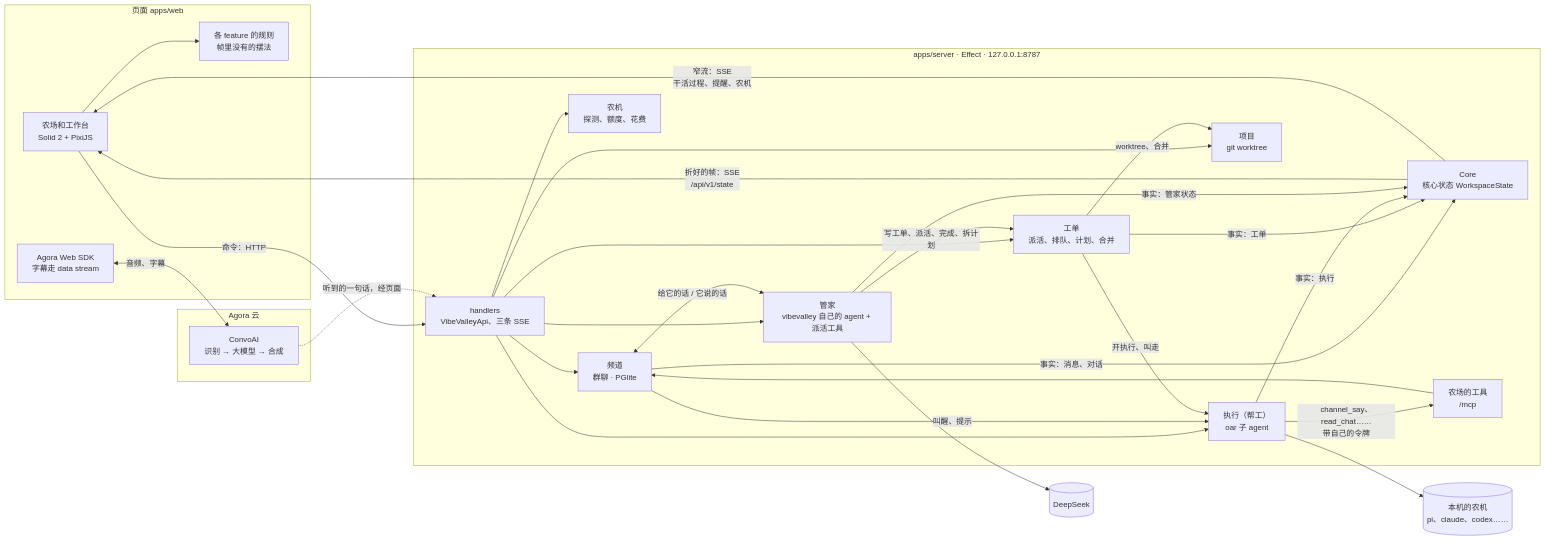
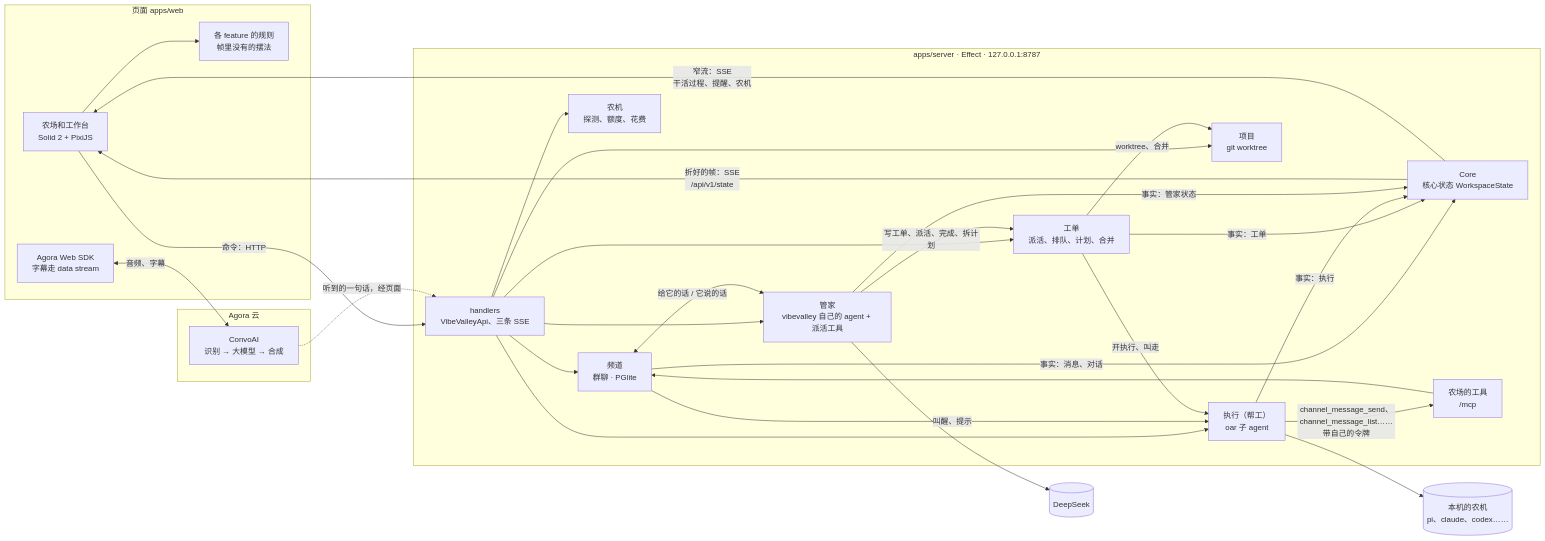
The diagram in docs/architecture.md (vibevalleyhq/vibevalley), drawn with Mermaid before and after one commit. The commit also changed 81 other files, not shown here.

````diff
--- a/docs/architecture.md
+++ b/docs/architecture.md
@@ -5,48 +5,48 @@
 ```mermaid
 flowchart LR
   subgraph Page[页面 apps/web]
     UI[农场和工作台<br/>Solid 2 + PixiJS]
     RULES[各 feature 的规则<br/>帧里没有的摆法]
     RTC[Agora Web SDK<br/>字幕走 data stream]
   end
 
   subgraph Server[apps/server · Effect · 127.0.0.1:8787]
     API[handlers<br/>VibeValleyApi、三条 SSE]
     SITE[Core<br/>核心状态 WorkspaceState]
     FM[管家<br/>vibevalley 自己的 agent + 派活工具]
     CHAT[频道<br/>群聊 · PGlite]
     MCP[农场的工具<br/>/mcp]
     TK[工单<br/>派活、排队、计划、合并]
     CREW[执行（帮工）<br/>oar 子 agent]
     PRJ[项目<br/>git worktree]
     RT[农机<br/>探测、额度、花费]
   end
 
   subgraph Agora[Agora 云]
     CAI[ConvoAI<br/>识别 → 大模型 → 合成]
   end
 
   AGENTS[(本机的农机<br/>pi、claude、codex……)]
   DS[(DeepSeek)]
 
   UI --> RULES
   UI -->|命令：HTTP| API
   SITE -->|折好的帧：SSE<br/>/api/v1/state| UI
   SITE -->|窄流：SSE<br/>干活过程、提醒、农机| UI
   API --> CHAT & FM & TK & CREW & PRJ & RT
   CHAT <-->|给它的话 / 它说的话| FM
   CHAT -->|叫醒、提示| CREW
-  CREW -->|channel_say、read_chat……<br/>带自己的令牌| MCP
+  CREW -->|channel_message_send、channel_message_list……<br/>带自己的令牌| MCP
   MCP --> CHAT
   FM -->|写工单、派活、完成、拆计划| TK
   TK -->|开执行、叫走| CREW
   TK -->|worktree、合并| PRJ
   CREW --> AGENTS
   FM --> DS
   CHAT -->|事实：消息、对话| SITE
   TK -->|事实：工单| SITE
   CREW -->|事实：执行| SITE
   FM -->|事实：管家状态| SITE
   RTC <-->|音频、字幕| CAI
   CAI -.->|听到的一句话，经页面| API
 ```
````
